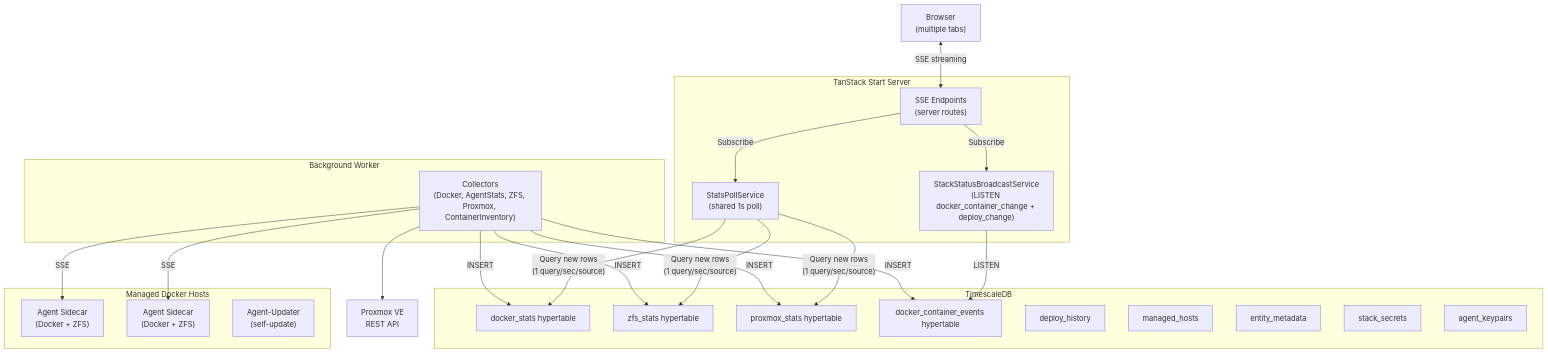
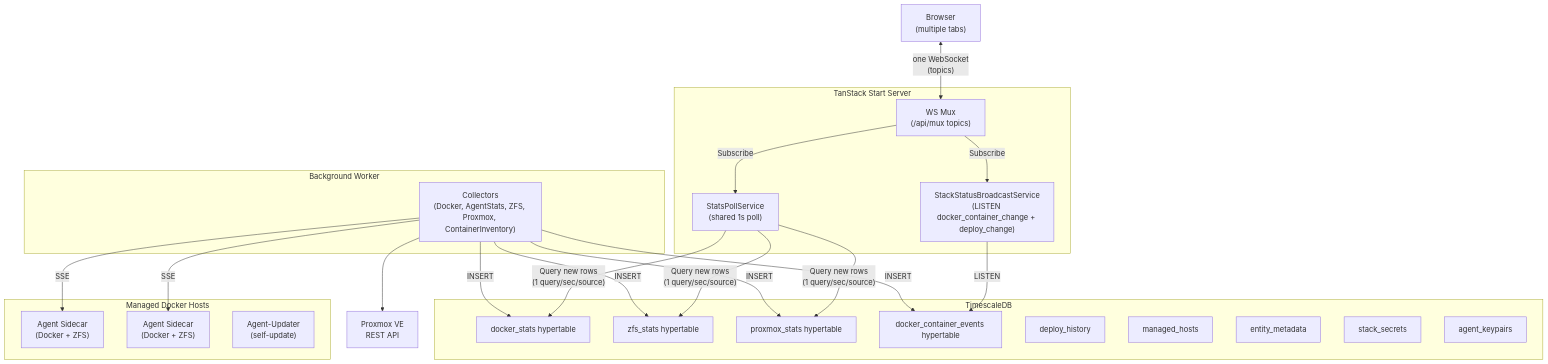
Before and after one commit to jaredglaser/homelab-manager: the first of 5 diagrams in docs/architecture.md, drawn with Mermaid. The commit also changed other lines of this file and 4 other files, not shown here.

First line of the commit message:
docs(mux): replace the legacy SSE surface descriptions with the WS mux

````diff
--- a/docs/architecture.md
+++ b/docs/architecture.md
@@ -5,49 +5,49 @@
 ```mermaid
 graph TD
     Browser["Browser<br/>(multiple tabs)"]
 
     subgraph TanStack_Start["TanStack Start Server"]
-        SSE["SSE Endpoints<br/>(server routes)"]
+        Mux["WS Mux<br/>(/api/mux topics)"]
         PollSvc["StatsPollService<br/>(shared 1s poll)"]
         StackBroadcast["StackStatusBroadcastService<br/>(LISTEN docker_container_change + deploy_change)"]
     end
 
     subgraph Database["TimescaleDB"]
         DockerTable["docker_stats hypertable"]
         ZFSTable["zfs_stats hypertable"]
         ProxmoxTable["proxmox_stats hypertable"]
         ContainerEvents["docker_container_events hypertable"]
         DeployHistory["deploy_history"]
         ManagedHosts["managed_hosts"]
         EntityMetadata["entity_metadata"]
         StackSecrets["stack_secrets"]
         AgentKeypairs["agent_keypairs"]
     end
 
     subgraph Worker["Background Worker"]
         Collectors["Collectors<br/>(Docker, AgentStats, ZFS, Proxmox, ContainerInventory)"]
     end
 
     subgraph Hosts["Managed Docker Hosts"]
         Agent1["Agent Sidecar<br/>(Docker + ZFS)"]
         Agent2["Agent Sidecar<br/>(Docker + ZFS)"]
         Updater["Agent-Updater<br/>(self-update)"]
     end
 
     ProxmoxHost["Proxmox VE<br/>REST API"]
 
-    Browser <-->|"SSE streaming"| SSE
-    SSE -->|"Subscribe"| PollSvc
-    SSE -->|"Subscribe"| StackBroadcast
+    Browser <-->|"one WebSocket<br/>(topics)"| Mux
+    Mux -->|"Subscribe"| PollSvc
+    Mux -->|"Subscribe"| StackBroadcast
     PollSvc -->|"Query new rows<br/>(1 query/sec/source)"| DockerTable
     PollSvc -->|"Query new rows<br/>(1 query/sec/source)"| ZFSTable
     PollSvc -->|"Query new rows<br/>(1 query/sec/source)"| ProxmoxTable
     StackBroadcast -->|"LISTEN"| ContainerEvents
     Collectors -->|"INSERT"| DockerTable
     Collectors -->|"INSERT"| ZFSTable
     Collectors -->|"INSERT"| ProxmoxTable
     Collectors -->|"INSERT"| ContainerEvents
     Collectors -->|"SSE"| Agent1
     Collectors -->|"SSE"| Agent2
     Collectors --> ProxmoxHost
 ```
````
